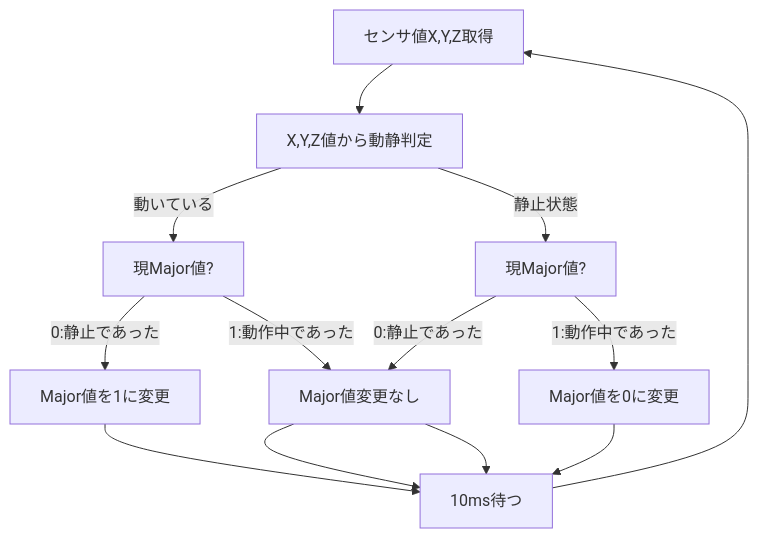
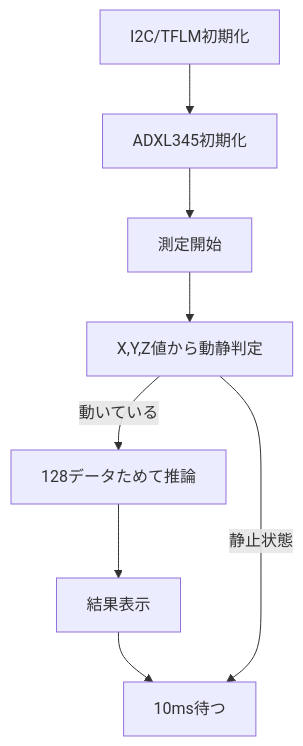
The diagram in src/readme.md (yurinnmi/xiaoesp32c6_tflm), drawn with Mermaid before and after one commit. The commit also changed other lines of this file and 1 other file, not shown here.

````diff
--- a/src/readme.md
+++ b/src/readme.md
@@ -31,12 +18,6 @@
 ```mermaid
 flowchart TD
-    A[センサ値X,Y,Z取得] --> B[X,Y,Z値から動静判定]
-    B -- 動いている --> C[現Major値?]
-    C -- 0:静止であった --> Major値を1に変更 -->E[10ms待つ]
-    C -- 1:動作中であった --> Major値変更なし-->E
-    B -- 静止状態 --> D[現Major値?]
-    D -- 0:静止であった --> Major値変更なし-->E
-    D -- 1:動作中であった --> Major値を0に変更-->E
-    E --> A
-
+    I2C/TFLM初期化  --> ADXL345初期化 --> 測定開始 --> B[X,Y,Z値から動静判定]
+    B -- 動いている --> 128データためて推論 --> 結果表示 -->E[10ms待つ]
+    B -- 静止状態 --> E
 ```
````
